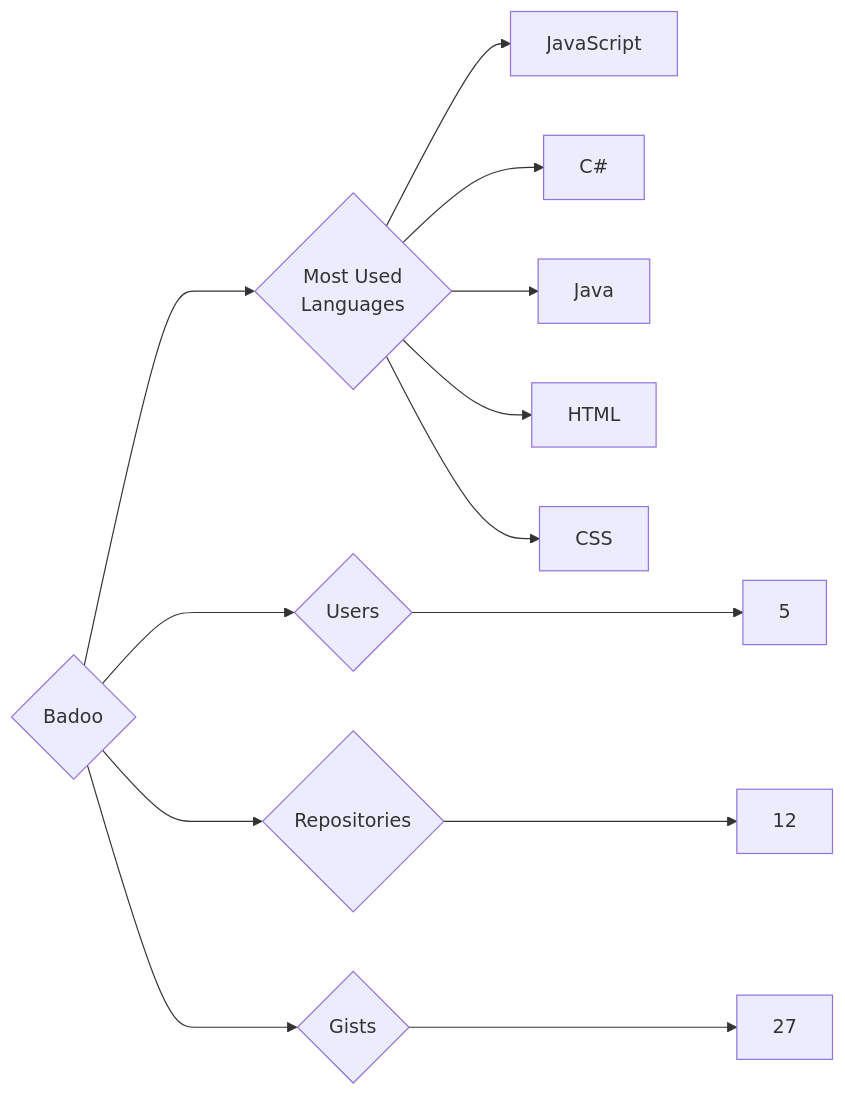
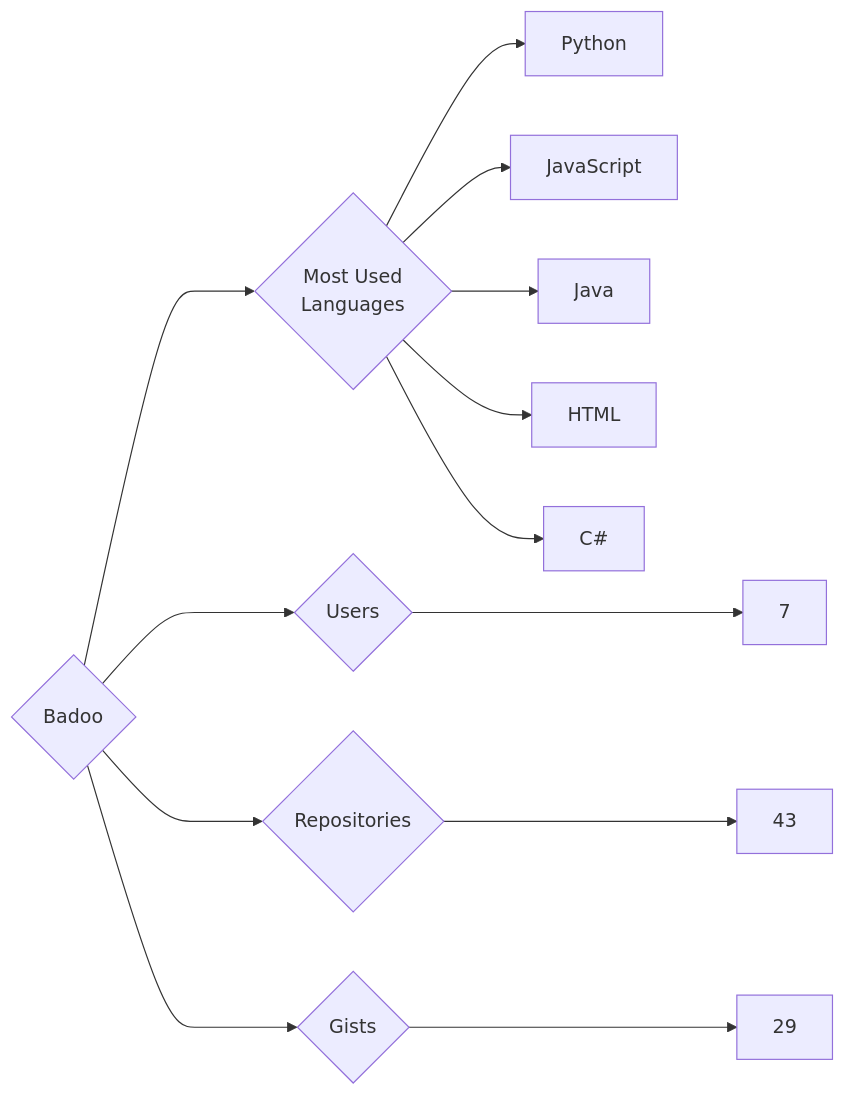
One commit to trickest/insiders changed the diagram in targets/Badoo/README.md. Above: the diagram before and after it, drawn with Mermaid. The commit also changed 938 other files, not shown here.

````diff
--- a/targets/Badoo/README.md
+++ b/targets/Badoo/README.md
@@ -3,13 +3,13 @@
 ```mermaid
 graph LR
 COMPANY_NAME{Badoo}
-COMPANY_NAME ---> U{Users} ---> UN[5]
-COMPANY_NAME ---> R{Repositories} ---> RN[12]
-COMPANY_NAME ---> G{Gists} ---> GN[27]
+COMPANY_NAME ---> U{Users} ---> UN[7]
+COMPANY_NAME ---> R{Repositories} ---> RN[43]
+COMPANY_NAME ---> G{Gists} ---> GN[29]
 COMPANY_NAME ---> ML{Most Used<br>Languages}
+ML --> Python[Python]
 ML --> JavaScript[JavaScript]
-ML --> C#[C#]
 ML --> Java[Java]
 ML --> HTML[HTML]
-ML --> CSS[CSS]
+ML --> C#[C#]
 ```
````
